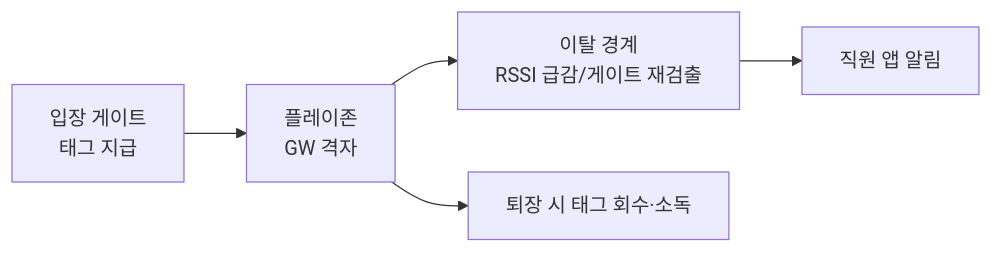
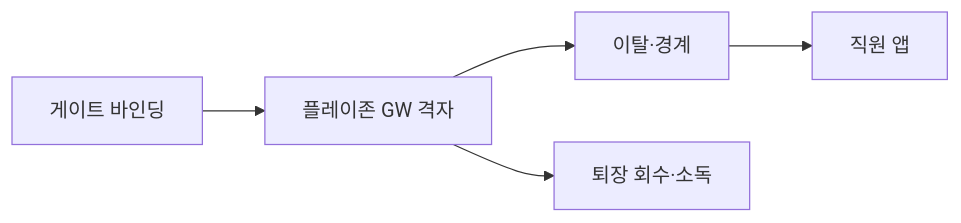
Before and after one commit to kurtkorea/pet-teamjang: the diagram in doc/PET-Aeye_넓은공간_BLE개체추적_초안.md, drawn with Mermaid. The commit also changed other lines of this file and 7 other files, not shown here.

````diff
--- a/doc/PET-Aeye_넓은공간_BLE개체추적_초안.md
+++ b/doc/PET-Aeye_넓은공간_BLE개체추적_초안.md
@@ -112,7 +172,7 @@
 ```mermaid
 flowchart LR
-  A[입장 게이트<br/>태그 지급] --> B[플레이존<br/>GW 격자]
-  B --> C[이탈 경계<br/>RSSI 급감/게이트 재검출]
-  C --> D[직원 앱 알림]
-  B --> E[퇴장 시 태그 회수·소독]
+  A[게이트 바인딩] --> B[플레이존 GW 격자]
+  B --> C[이탈·경계]
+  C --> D[직원 앱]
+  B --> E[퇴장 회수·소독]
 ```
````
